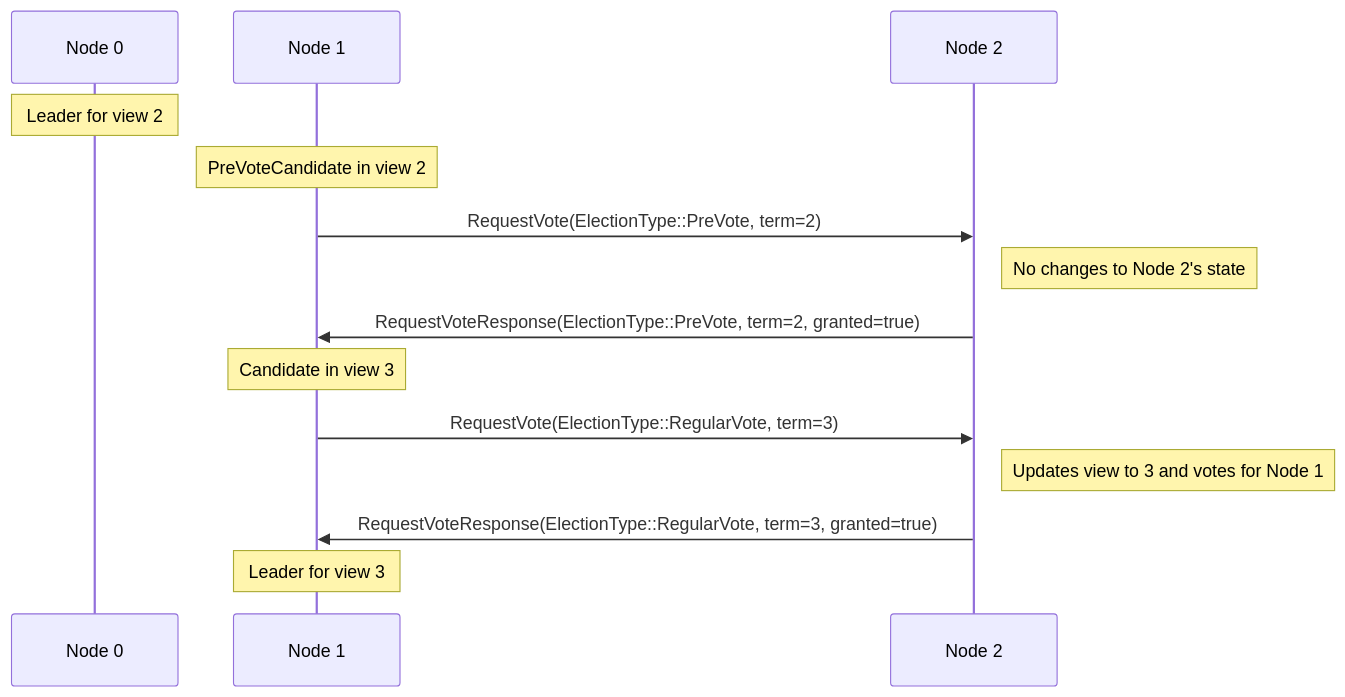
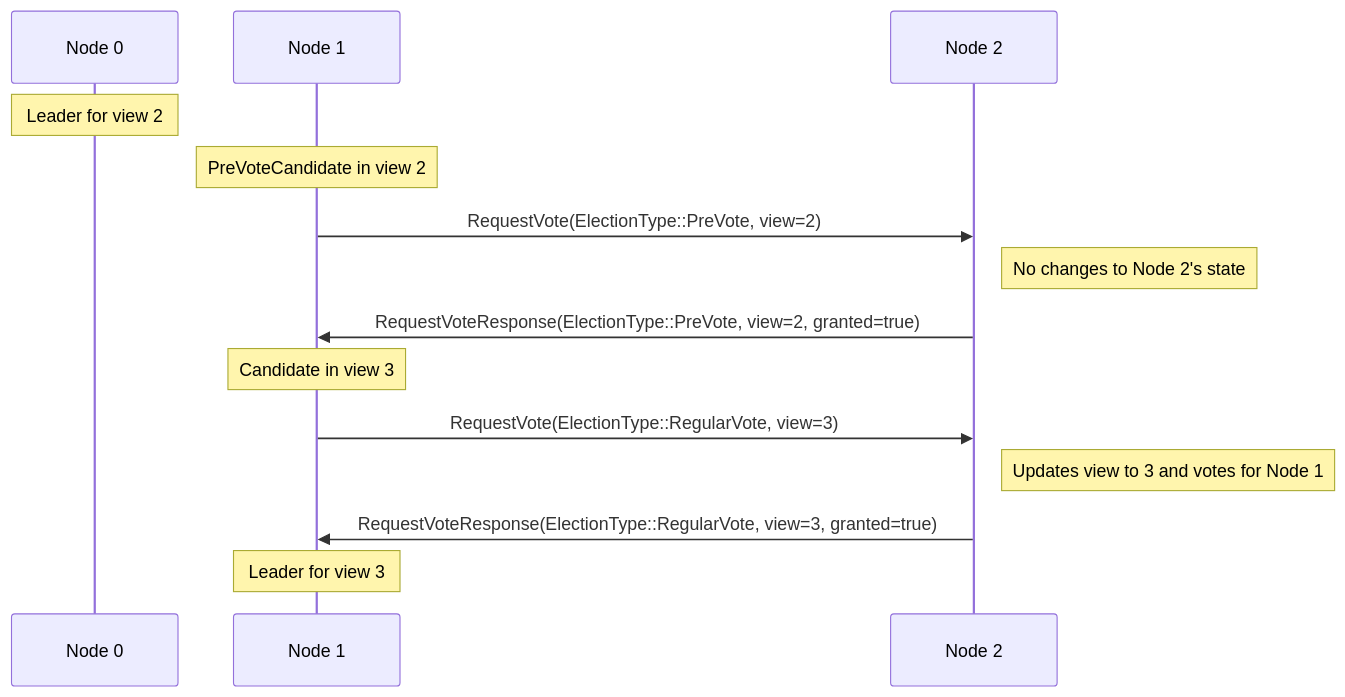
Before and after one commit to microsoft/CCF: the sixth of 7 diagrams in doc/architecture/consensus/index.rst, drawn with Mermaid. The commit also changed other lines of this file, not shown here.

Commit message:
Use view= in consensus PreVote sequence diagrams

```diff
--- a/doc/architecture/consensus/index.rst
+++ b/doc/architecture/consensus/index.rst
@@ -222,22 +222,22 @@
 .. mermaid::
 
     sequenceDiagram
         participant Node 0
         participant Node 1
         participant Node 2
 
         Note over Node 0: Leader for view 2
 
         Note over Node 1: PreVoteCandidate in view 2
-        Node 1 ->> Node 2: RequestVote(ElectionType::PreVote, term=2)
+        Node 1 ->> Node 2: RequestVote(ElectionType::PreVote, view=2)
 
         Note right of Node 2: No changes to Node 2's state
-        Node 2 ->> Node 1: RequestVoteResponse(ElectionType::PreVote, term=2, granted=true)
+        Node 2 ->> Node 1: RequestVoteResponse(ElectionType::PreVote, view=2, granted=true)
 
         Note over Node 1: Candidate in view 3
-        Node 1 ->> Node 2: RequestVote(ElectionType::RegularVote, term=3)
+        Node 1 ->> Node 2: RequestVote(ElectionType::RegularVote, view=3)
 
         Note right of Node 2: Updates view to 3 and votes for Node 1
-        Node 2 ->> Node 1: RequestVoteResponse(ElectionType::RegularVote, term=3, granted=true)
+        Node 2 ->> Node 1: RequestVoteResponse(ElectionType::RegularVote, view=3, granted=true)
 
         Note over Node 1: Leader for view 3
```
